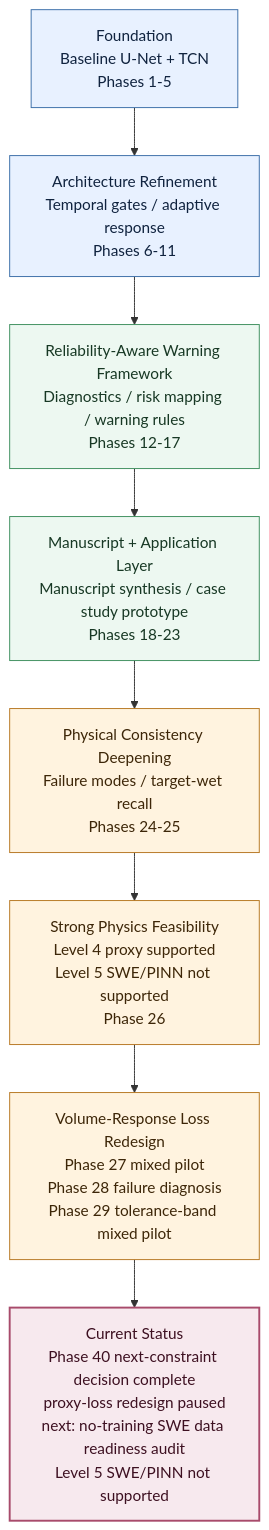
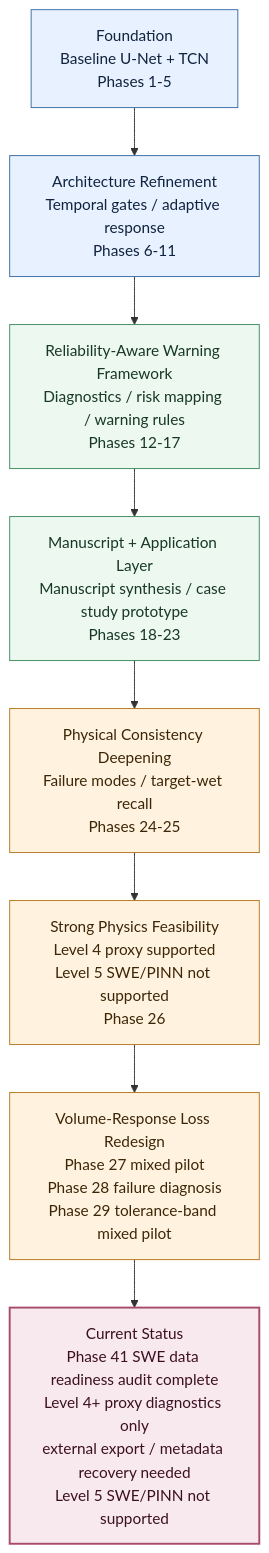
The second of 3 diagrams in README.md (HolyLin990604/physics-guided-urban-flood-prediction), drawn with Mermaid before and after one commit. The commit also changed other lines of this file and 2 other files, not shown here.

Commit message:
docs: sync phase41 swe data readiness status

````diff
--- a/README.md
+++ b/README.md
@@ -28,18 +28,18 @@
 ```mermaid
 flowchart TB
     A["Foundation<br/>Baseline U-Net + TCN<br/>Phases 1-5"]:::foundation
     B["Architecture Refinement<br/>Temporal gates / adaptive response<br/>Phases 6-11"]:::foundation
     C["Reliability-Aware Warning Framework<br/>Diagnostics / risk mapping / warning rules<br/>Phases 12-17"]:::reliability
     D["Manuscript + Application Layer<br/>Manuscript synthesis / case study prototype<br/>Phases 18-23"]:::reliability
     E["Physical Consistency Deepening<br/>Failure modes / target-wet recall<br/>Phases 24-25"]:::physics
     F["Strong Physics Feasibility<br/>Level 4 proxy supported<br/>Level 5 SWE/PINN not supported<br/>Phase 26"]:::physics
     G["Volume-Response Loss Redesign<br/>Phase 27 mixed pilot<br/>Phase 28 failure diagnosis<br/>Phase 29 tolerance-band mixed pilot"]:::physics
-    H["Current Status<br/>Phase 40 next-constraint decision complete<br/>proxy-loss redesign paused<br/>next: no-training SWE data readiness audit<br/>Level 5 SWE/PINN not supported"]:::current
+    H["Current Status<br/>Phase 41 SWE data readiness audit complete<br/>Level 4+ proxy diagnostics only<br/>external export / metadata recovery needed<br/>Level 5 SWE/PINN not supported"]:::current
 
     A --> B --> C --> D --> E --> F --> G --> H
 
     classDef foundation fill:#e8f1ff,stroke:#3b6ea8,stroke-width:1px,color:#10233f
     classDef reliability fill:#edf8f1,stroke:#3f8f5f,stroke-width:1px,color:#173824
     classDef physics fill:#fff3df,stroke:#b77722,stroke-width:1px,color:#3d2608
     classDef current fill:#f7e9ee,stroke:#a84b6b,stroke-width:2px,color:#3d1021
 ```
````
